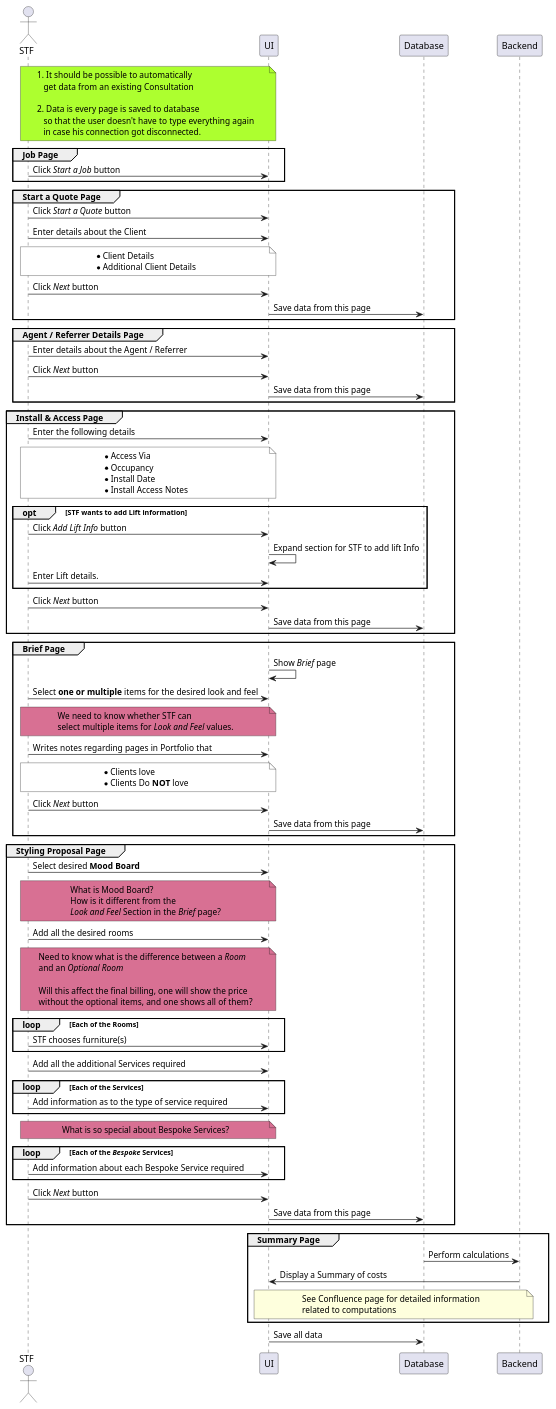
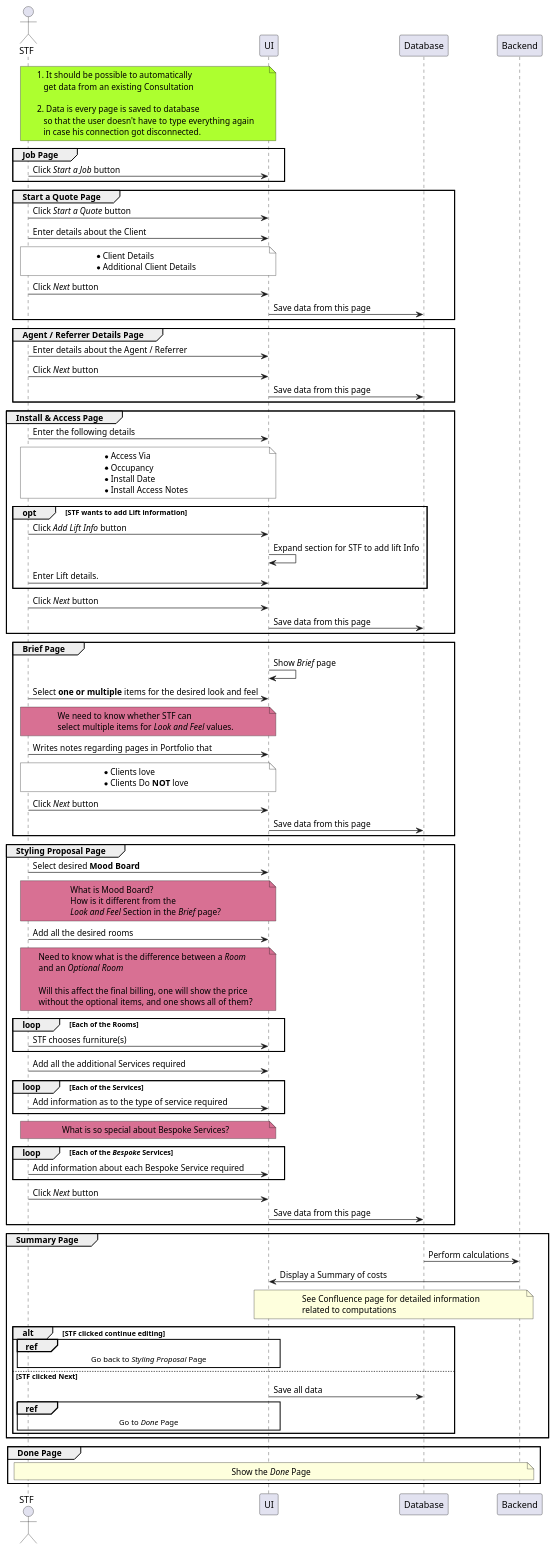
One commit to jpgacrama/NovariSpecs changed the diagram in STF/STF_CreateQuote_withoutConsultationFirst.pu. Above: the diagram before and after it, drawn with PlantUML.

Commit message:
Full STF without reusing data from consultation is done

```diff
--- a/STF/STF_CreateQuote_withoutConsultationFirst.pu
+++ b/STF/STF_CreateQuote_withoutConsultationFirst.pu
@@ -3,128 +3,143 @@
 @startuml
 
     actor "STF" as STF
 
     note over STF, UI #GreenYellow
         1. It should be possible to automatically
            get data from an existing Consultation
 
         2. Data is every page is saved to database
            so that the user doesn't have to type everything again
            in case his connection got disconnected.
     end note
 
     group Job Page 
         STF  -> UI: Click //Start a Job// button
     end group
     
     group Start a Quote Page
         STF -> UI: Click //Start a Quote// button
         STF -> UI: Enter details about the Client
 
         note over STF, UI #White
             * Client Details
             * Additional Client Details
         end note
 
         STF -> UI: Click //Next// button
         UI -> Database: Save data from this page
     end group
 
     group Agent / Referrer Details Page
         STF -> UI: Enter details about the Agent / Referrer
         STF -> UI: Click //Next// button
         UI -> Database: Save data from this page
     end group
 
     group Install & Access Page
         STF -> UI: Enter the following details
         note over STF, UI #White
             * Access Via
             * Occupancy 
             * Install Date
             * Install Access Notes
         end note
 
         opt STF wants to add Lift information
             STF -> UI: Click //Add Lift Info// button 
             UI -> UI: Expand section for STF to add lift Info
             STF -> UI: Enter Lift details.
         end
 
         STF -> UI: Click //Next// button
         UI -> Database: Save data from this page
     end group
 
     group Brief Page
         UI -> UI: Show //Brief// page
         STF -> UI: Select **one or multiple** items for the desired look and feel
 
         note over STF, UI #PaleVioletRed
             We need to know whether STF can
             select multiple items for //Look and Feel// values.
         end note
         
         STF -> UI: Writes notes regarding pages in Portfolio that
         note over STF, UI #White
             * Clients love
             * Clients Do **NOT** love
         end note
 
         STF -> UI: Click //Next// button
         UI -> Database: Save data from this page
     end group
 
     group Styling Proposal Page
         STF -> UI: Select desired **Mood Board**
 
         note over STF, UI #PaleVioletRed
             What is Mood Board?
             How is it different from the
             //Look and Feel// Section in the //Brief// page?
         end note
 
         STF -> UI: Add all the desired rooms
 
         note over STF, UI #PaleVioletRed
             Need to know what is the difference between a //Room// 
             and an //Optional Room//
 
             Will this affect the final billing, one will show the price 
             without the optional items, and one shows all of them?
         end note
 
         loop Each of the Rooms
             STF -> UI: STF chooses furniture(s)
         end
 
         STF -> UI: Add all the additional Services required
 
         loop Each of the Services
             STF -> UI: Add information as to the type of service required
         end
 
         note over STF, UI #PaleVioletRed
             What is so special about Bespoke Services?
         end note
 
         loop Each of the //Bespoke// Services
             STF -> UI: Add information about each Bespoke Service required
         end note
 
         STF -> UI: Click //Next// button
         UI -> Database: Save data from this page
     end group
 
     group Summary Page
         Database -> Backend: Perform calculations
         Backend -> UI: Display a Summary of costs
 
         note over UI, Backend
             See Confluence page for detailed information
             related to computations
         end note
+
+        alt STF clicked continue editing
+            ref over STF, UI
+                Go back to //Styling Proposal// Page
+            end ref
+        else STF clicked Next
+            UI -> Database: Save all data
+            ref over STF, UI
+                Go to //Done// Page
+            end ref
+        end
     end group
     
-    UI -> Database: Save all data
+    group Done Page
+        note over STF, Backend
+            Show the //Done// Page
+        end note
+    end group
 
 @enduml
```
